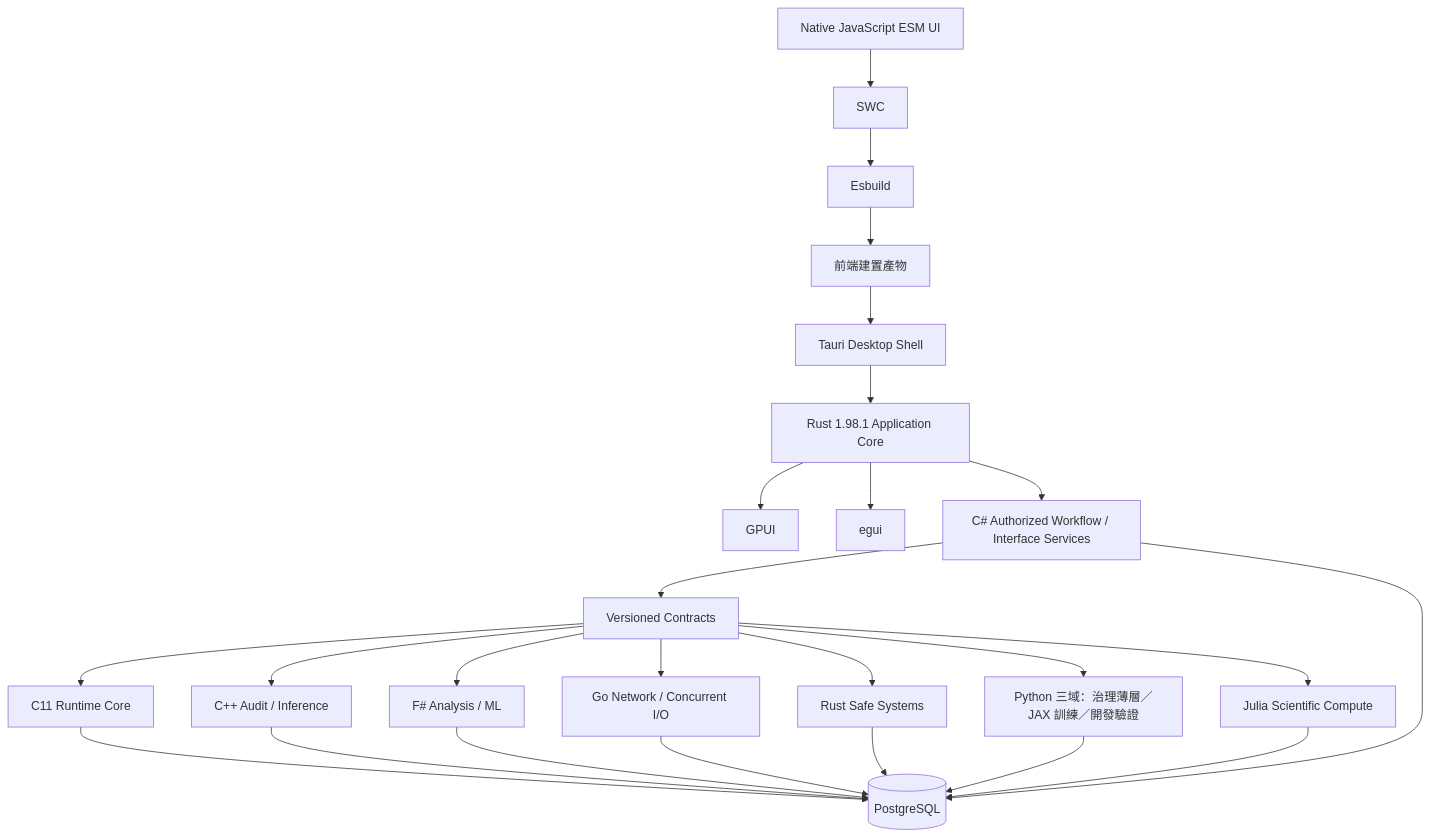
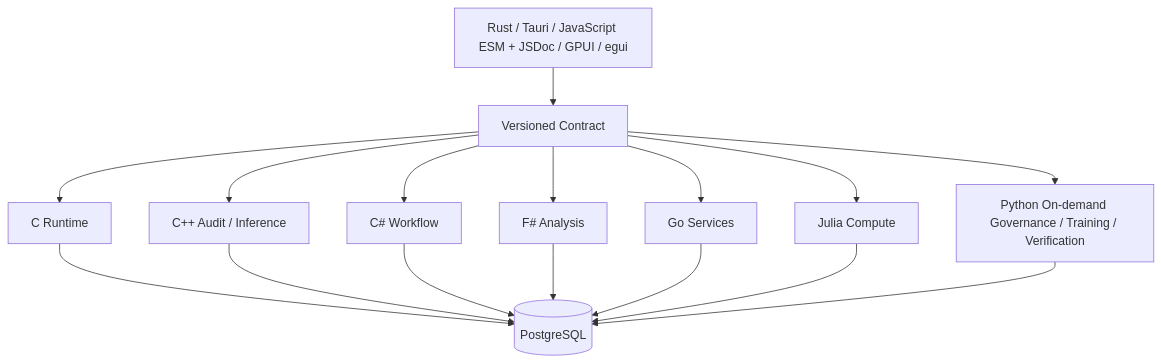
Before and after one commit to guilty442-source/GPTBridge: the fifth of 5 diagrams in governance_rule/codex/architecture-languages.md, drawn with Mermaid. The commit also changed other lines of this file and 62 other files, not shown here.

````diff
--- a/governance_rule/codex/architecture-languages.md
+++ b/governance_rule/codex/architecture-languages.md
@@ -171,30 +164,19 @@
 ```mermaid
 flowchart TB
-  UI[Native JavaScript ESM UI]
-  UI --> SWC[SWC]
-  SWC --> ESB[Esbuild]
-  ESB --> ART[前端建置產物]
-  ART --> TAURI[Tauri Desktop Shell]
-  TAURI --> RUST[Rust 1.98.1 Application Core]
-  RUST --> GPUI[GPUI]
-  RUST --> EGUI[egui]
-  RUST --> CS[C# Authorized Workflow / Interface Services]
-
-  CS --> CONTRACT[Versioned Contracts]
-  CONTRACT --> C[C11 Runtime Core]
+  UI[Rust / Tauri / JavaScript ESM + JSDoc / GPUI / egui]
+  UI --> CONTRACT[Versioned Contract]
+  CONTRACT --> C[C Runtime]
   CONTRACT --> CPP[C++ Audit / Inference]
-  CONTRACT --> FS[F# Analysis / ML]
-  CONTRACT --> GO[Go Network / Concurrent I/O]
-  CONTRACT --> RS[Rust Safe Systems]
-  CONTRACT --> PY[Python 三域：治理薄層／JAX 訓練／開發驗證]
-  CONTRACT --> JL[Julia Scientific Compute]
-
+  CONTRACT --> CS[C# Workflow]
+  CONTRACT --> FS[F# Analysis]
+  CONTRACT --> GO[Go Services]
+  CONTRACT --> JL[Julia Compute]
+  CONTRACT --> PY[Python On-demand Governance / Training / Verification]
   C --> PG[(PostgreSQL)]
   CPP --> PG
   CS --> PG
   FS --> PG
   GO --> PG
-  RS --> PG
+  JL --> PG
   PY --> PG
-  JL --> PG
 ```
````
